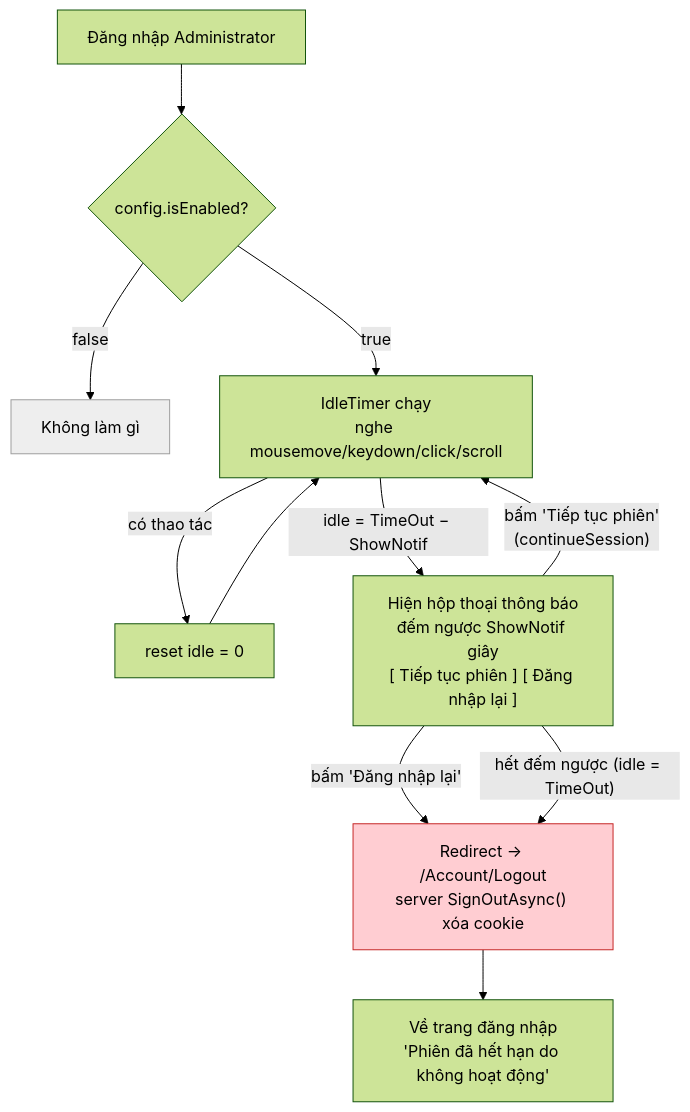
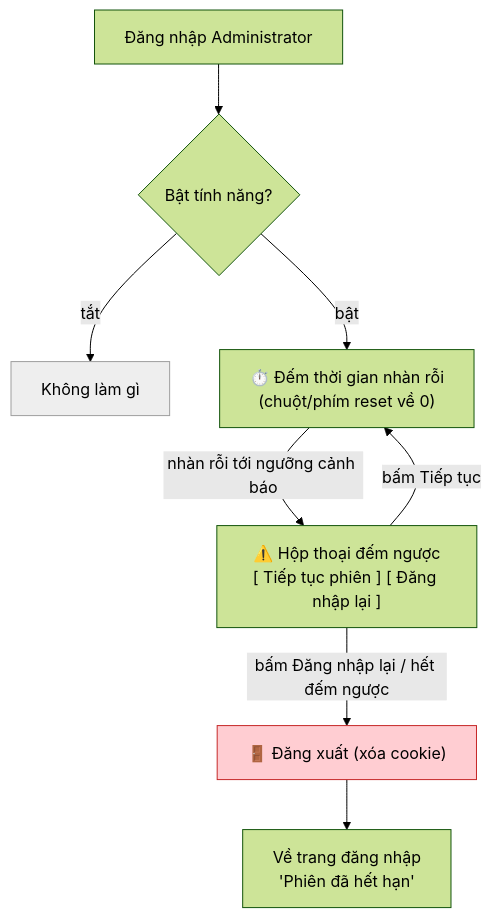
The first of 2 diagrams in docs/session-timeout-feature.md (giangvanhung/mkdocs-antoanbaomat-ekmapserver), drawn with Mermaid (forest theme) before and after one commit. The commit also changed other lines of this file and 6 other files, not shown here.

````diff
--- a/docs/session-timeout-feature.md
+++ b/docs/session-timeout-feature.md
@@ -140,16 +7,13 @@
 ```mermaid
 flowchart TD
-    L["Đăng nhập Administrator"] --> R{"config.isEnabled?"}
-    R -->|"false"| X["Không làm gì"]
-    R -->|"true"| T["IdleTimer chạy<br/>nghe mousemove/keydown/click/scroll"]
-    T -->|"có thao tác"| T2["reset idle = 0"]
-    T2 --> T
-    T -->|"idle = TimeOut − ShowNotif"| D["Hiện hộp thoại thông báo<br/>đếm ngược ShowNotif giây<br/>[ Tiếp tục phiên ] [ Đăng nhập lại ]"]
-    D -->|"bấm 'Tiếp tục phiên'<br/>(continueSession)"| T
-    D -->|"bấm 'Đăng nhập lại'"| O["Redirect → /Account/Logout<br/>server SignOutAsync() xóa cookie"]
-    D -->|"hết đếm ngược (idle = TimeOut)"| O
-    O --> LG["Về trang đăng nhập<br/>'Phiên đã hết hạn do không hoạt động'"]
+    L["Đăng nhập Administrator"] --> R{"Bật tính năng?"}
+    R -->|"tắt"| X["Không làm gì"]
+    R -->|"bật"| T["⏱️ Đếm thời gian nhàn rỗi<br/>(chuột/phím reset về 0)"]
+    T -->|"nhàn rỗi tới ngưỡng cảnh báo"| D["⚠️ Hộp thoại đếm ngược<br/>[ Tiếp tục phiên ] [ Đăng nhập lại ]"]
+    D -->|"bấm Tiếp tục"| T
+    D -->|"bấm Đăng nhập lại / hết đếm ngược"| O["🚪 Đăng xuất (xóa cookie)"]
+    O --> LG["Về trang đăng nhập<br/>'Phiên đã hết hạn'"]
 
     style O fill:#ffcdd2,stroke:#c62828
     style X fill:#eeeeee,stroke:#9e9e9e
 ```
````
